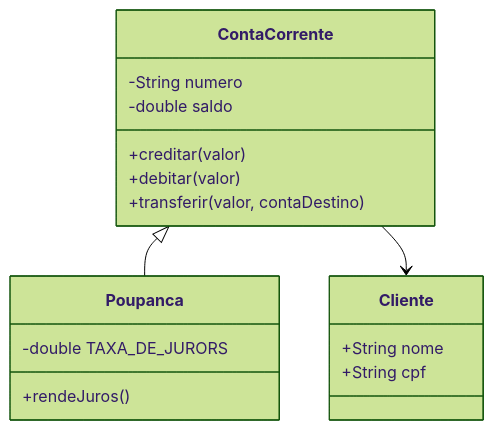
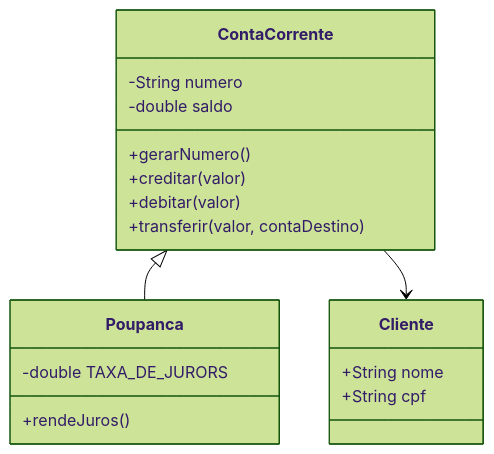
The second of 2 diagrams in README.md (Endrigo7/POO-POOIB), drawn with Mermaid (forest theme) before and after one commit. The commit also changed 1 other file, not shown here.

Commit message:
entidade poupanca

````diff
--- a/README.md
+++ b/README.md
@@ -33,18 +33,19 @@
 ```mermaid
 classDiagram
     ContaCorrente <|-- Poupanca
     ContaCorrente --> Cliente
     ContaCorrente : -String numero
     ContaCorrente : -double saldo
+    ContaCorrente: +gerarNumero()
     ContaCorrente: +creditar(valor)
     ContaCorrente: +debitar(valor)
     ContaCorrente: +transferir(valor, contaDestino)
     class Poupanca{
       -double TAXA_DE_JURORS
       +rendeJuros()
     }
     class Cliente{
       +String nome
       +String cpf
     }
 ```
````
